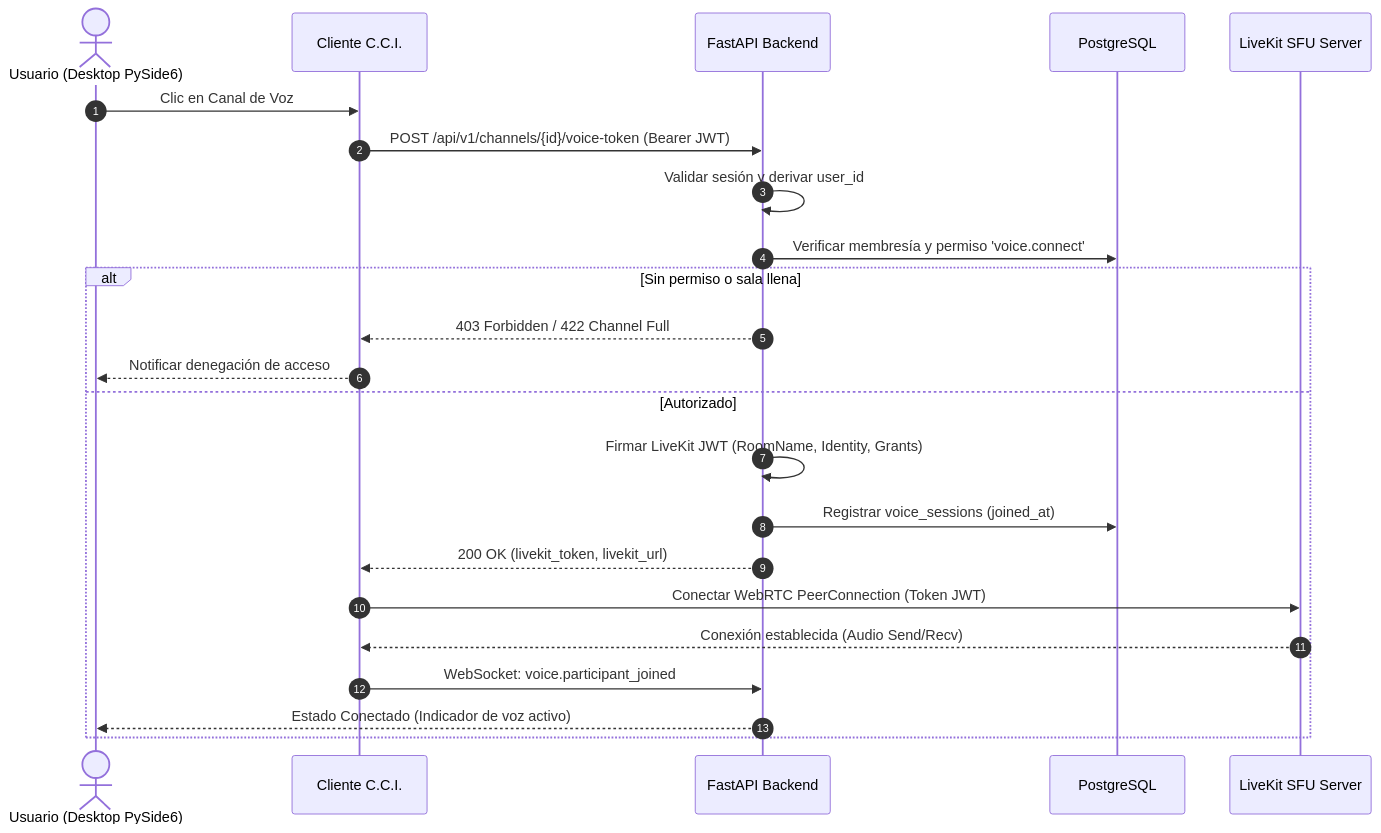
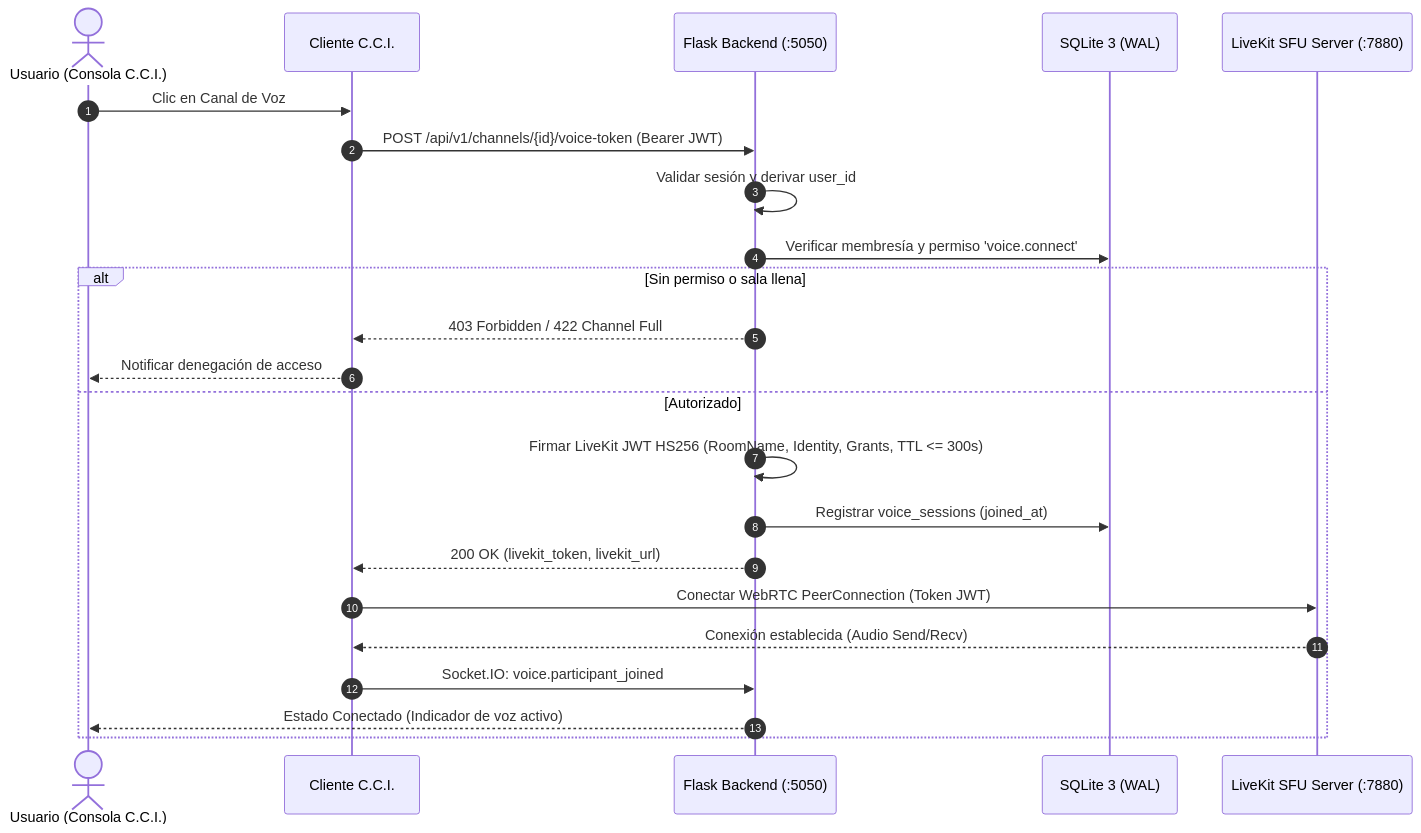
One commit to Camila-Ianni/C.C.I-SYSTEM changed the second of 3 diagrams in documentacion/communities/FASE0_DISENO_Y_ARQUITECTURA.md. Above: the diagram before and after it, drawn with Mermaid. The commit also changed other lines of this file and 12 other files, not shown here.

````diff
--- a/documentacion/communities/FASE0_DISENO_Y_ARQUITECTURA.md
+++ b/documentacion/communities/FASE0_DISENO_Y_ARQUITECTURA.md
@@ -81,26 +76,26 @@
 ```mermaid
 sequenceDiagram
     autonumber
-    actor User as Usuario (Desktop PySide6)
+    actor User as Usuario (Consola C.C.I.)
     participant Client as Cliente C.C.I.
-    participant API as FastAPI Backend
-    participant PG as PostgreSQL
-    participant LK as LiveKit SFU Server
+    participant API as Flask Backend (:5050)
+    participant DB as SQLite 3 (WAL)
+    participant LK as LiveKit SFU Server (:7880)
 
     User->>Client: Clic en Canal de Voz
     Client->>API: POST /api/v1/channels/{id}/voice-token (Bearer JWT)
     API->>API: Validar sesión y derivar user_id
-    API->>PG: Verificar membresía y permiso 'voice.connect'
+    API->>DB: Verificar membresía y permiso 'voice.connect'
     alt Sin permiso o sala llena
         API-->>Client: 403 Forbidden / 422 Channel Full
         Client-->>User: Notificar denegación de acceso
     else Autorizado
-        API->>API: Firmar LiveKit JWT (RoomName, Identity, Grants)
-        API->>PG: Registrar voice_sessions (joined_at)
+        API->>API: Firmar LiveKit JWT HS256 (RoomName, Identity, Grants, TTL <= 300s)
+        API->>DB: Registrar voice_sessions (joined_at)
         API-->>Client: 200 OK (livekit_token, livekit_url)
         Client->>LK: Conectar WebRTC PeerConnection (Token JWT)
         LK-->>Client: Conexión establecida (Audio Send/Recv)
-        Client->>API: WebSocket: voice.participant_joined
+        Client->>API: Socket.IO: voice.participant_joined
         API-->>User: Estado Conectado (Indicador de voz activo)
     end
 ```
````
